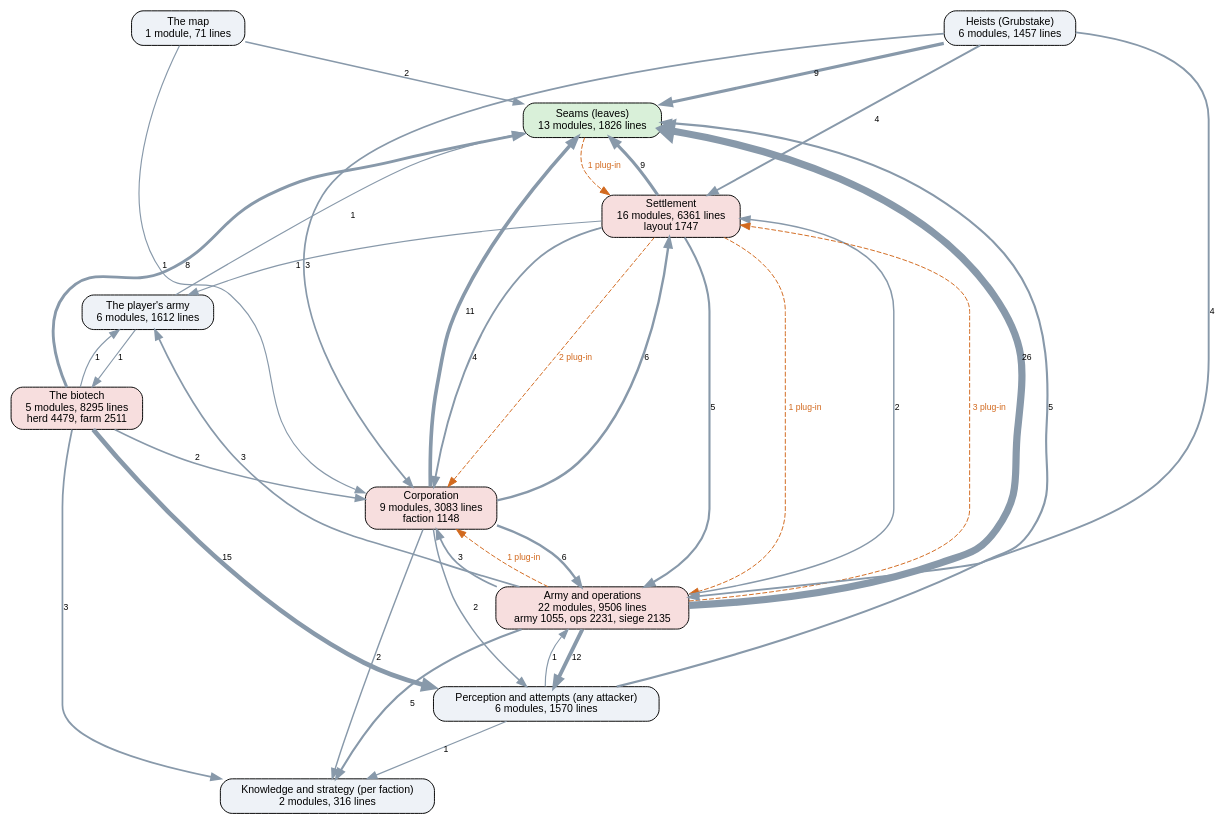
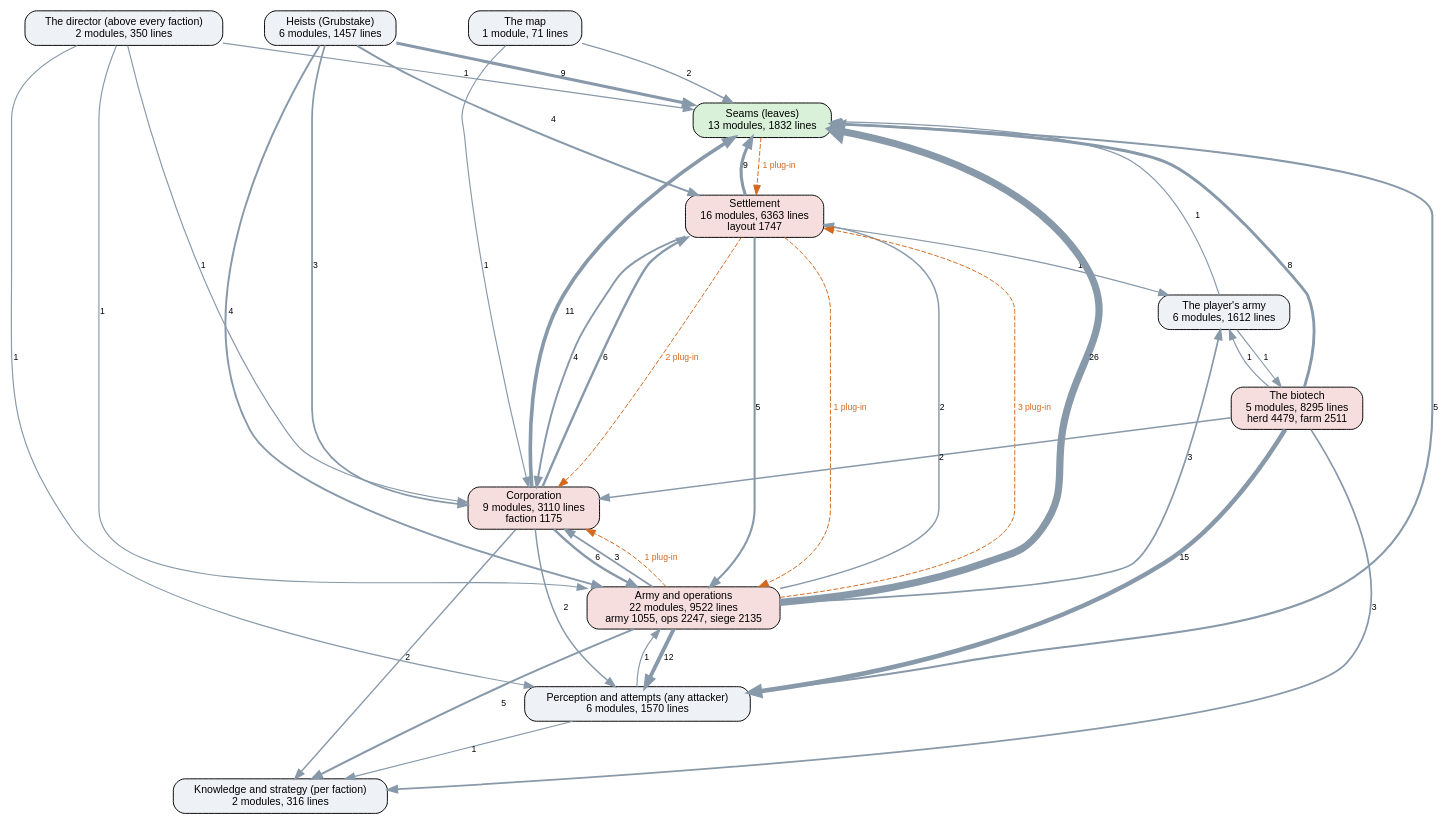
One commit to kinelhu/landing-party changed the diagram in docs/ai-layers.dot. Above: the diagram before and after it, drawn with Graphviz. The commit also changed 25 other files, not shown here.

```diff
--- a/docs/ai-layers.dot
+++ b/docs/ai-layers.dot
@@ -1,51 +1,56 @@
 digraph layers {
   graph [rankdir=TB, fontname="Helvetica", nodesep=0.5, ranksep=0.7];
   node [shape=box, style="rounded,filled", fontname="Helvetica", fontsize=11, fillcolor="#eef2f7"];
   edge [color="#8899aa", fontname="Helvetica", fontsize=9];
-  "Seams (leaves)" [label="Seams (leaves)\n13 modules, 1826 lines", fillcolor="#d9f0d9"];
+  "Seams (leaves)" [label="Seams (leaves)\n13 modules, 1832 lines", fillcolor="#d9f0d9"];
   "Perception and attempts (any attacker)" [label="Perception and attempts (any attacker)\n6 modules, 1570 lines", fillcolor="#eef2f7"];
   "Knowledge and strategy (per faction)" [label="Knowledge and strategy (per faction)\n2 modules, 316 lines", fillcolor="#eef2f7"];
-  "Corporation" [label="Corporation\n9 modules, 3083 lines\nfaction 1148", fillcolor="#f7dede"];
-  "Settlement" [label="Settlement\n16 modules, 6361 lines\nlayout 1747", fillcolor="#f7dede"];
-  "Army and operations" [label="Army and operations\n22 modules, 9506 lines\narmy 1055, ops 2231, siege 2135", fillcolor="#f7dede"];
+  "The director (above every faction)" [label="The director (above every faction)\n2 modules, 350 lines", fillcolor="#eef2f7"];
+  "Corporation" [label="Corporation\n9 modules, 3110 lines\nfaction 1175", fillcolor="#f7dede"];
+  "Settlement" [label="Settlement\n16 modules, 6363 lines\nlayout 1747", fillcolor="#f7dede"];
+  "Army and operations" [label="Army and operations\n22 modules, 9522 lines\narmy 1055, ops 2247, siege 2135", fillcolor="#f7dede"];
   "Heists (Grubstake)" [label="Heists (Grubstake)\n6 modules, 1457 lines", fillcolor="#eef2f7"];
   "The biotech" [label="The biotech\n5 modules, 8295 lines\nherd 4479, farm 2511", fillcolor="#f7dede"];
   "The map" [label="The map\n1 module, 71 lines", fillcolor="#eef2f7"];
   "The player's army" [label="The player's army\n6 modules, 1612 lines", fillcolor="#eef2f7"];
   "Army and operations" -> "Corporation" [label="3", penwidth=1.8];
   "Army and operations" -> "Knowledge and strategy (per faction)" [label="5", penwidth=2.2];
   "Army and operations" -> "Perception and attempts (any attacker)" [label="12", penwidth=4.0];
   "Army and operations" -> "Seams (leaves)" [label="26", penwidth=7.5];
   "Army and operations" -> "Settlement" [label="2", penwidth=1.5];
   "Army and operations" -> "The player's army" [label="3", penwidth=1.8];
   "Corporation" -> "Army and operations" [label="6", penwidth=2.5];
   "Corporation" -> "Knowledge and strategy (per faction)" [label="2", penwidth=1.5];
   "Corporation" -> "Perception and attempts (any attacker)" [label="2", penwidth=1.5];
   "Corporation" -> "Seams (leaves)" [label="11", penwidth=3.8];
   "Corporation" -> "Settlement" [label="6", penwidth=2.5];
   "Heists (Grubstake)" -> "Army and operations" [label="4", penwidth=2.0];
   "Heists (Grubstake)" -> "Corporation" [label="3", penwidth=1.8];
   "Heists (Grubstake)" -> "Seams (leaves)" [label="9", penwidth=3.2];
   "Heists (Grubstake)" -> "Settlement" [label="4", penwidth=2.0];
   "Perception and attempts (any attacker)" -> "Army and operations" [label="1", penwidth=1.2];
   "Perception and attempts (any attacker)" -> "Knowledge and strategy (per faction)" [label="1", penwidth=1.2];
   "Perception and attempts (any attacker)" -> "Seams (leaves)" [label="5", penwidth=2.2];
   "Settlement" -> "Army and operations" [label="5", penwidth=2.2];
   "Settlement" -> "Corporation" [label="4", penwidth=2.0];
   "Settlement" -> "Seams (leaves)" [label="9", penwidth=3.2];
   "Settlement" -> "The player's army" [label="1", penwidth=1.2];
   "The biotech" -> "Corporation" [label="2", penwidth=1.5];
   "The biotech" -> "Knowledge and strategy (per faction)" [label="3", penwidth=1.8];
   "The biotech" -> "Perception and attempts (any attacker)" [label="15", penwidth=4.8];
   "The biotech" -> "Seams (leaves)" [label="8", penwidth=3.0];
   "The biotech" -> "The player's army" [label="1", penwidth=1.2];
+  "The director (above every faction)" -> "Army and operations" [label="1", penwidth=1.2];
+  "The director (above every faction)" -> "Corporation" [label="1", penwidth=1.2];
+  "The director (above every faction)" -> "Perception and attempts (any attacker)" [label="1", penwidth=1.2];
+  "The director (above every faction)" -> "Seams (leaves)" [label="1", penwidth=1.2];
   "The map" -> "Corporation" [label="1", penwidth=1.2];
   "The map" -> "Seams (leaves)" [label="2", penwidth=1.5];
   "The player's army" -> "Seams (leaves)" [label="1", penwidth=1.2];
   "The player's army" -> "The biotech" [label="1", penwidth=1.2];
   "Army and operations" -> "Corporation" [style=dashed, color="#d2691e", fontcolor="#d2691e", label="1 plug-in"];
   "Army and operations" -> "Settlement" [style=dashed, color="#d2691e", fontcolor="#d2691e", label="3 plug-in"];
   "Seams (leaves)" -> "Settlement" [style=dashed, color="#d2691e", fontcolor="#d2691e", label="1 plug-in"];
   "Settlement" -> "Army and operations" [style=dashed, color="#d2691e", fontcolor="#d2691e", label="1 plug-in"];
   "Settlement" -> "Corporation" [style=dashed, color="#d2691e", fontcolor="#d2691e", label="2 plug-in"];
 }
```
